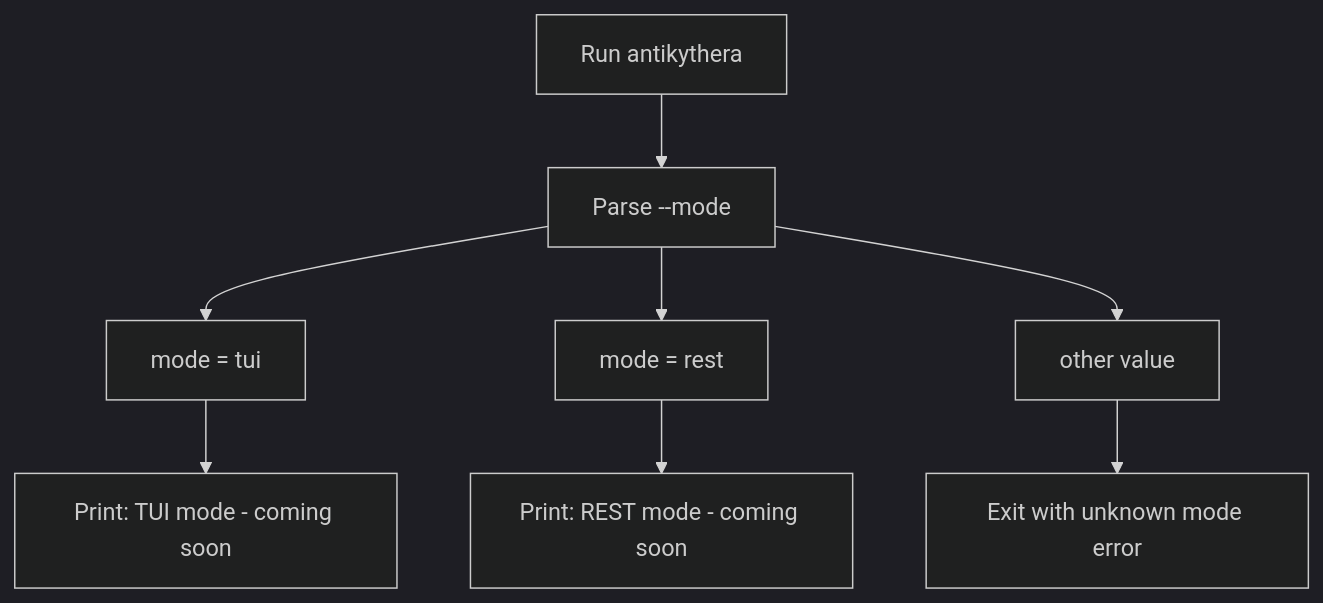
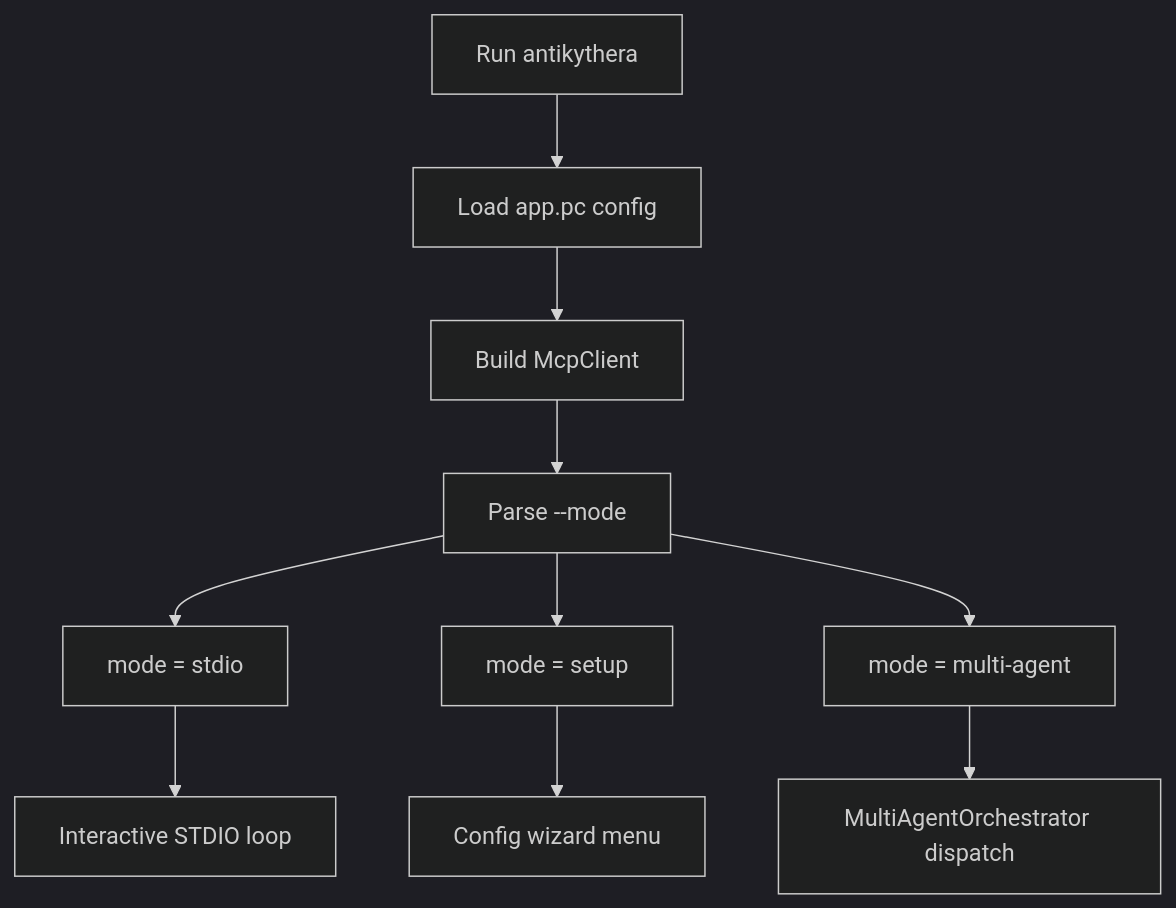
The second of 3 diagrams in documentation/CLI.md (tsfarizi/antikhitera-mcp-client), drawn with Mermaid (dark theme) before and after one commit. The commit also changed other lines of this file and 39 other files, not shown here.

First line of the commit message:
Refactor Antikythera Framework: Remove server and agent management modules

````diff
--- a/documentation/CLI.md
+++ b/documentation/CLI.md
@@ -44,10 +41,12 @@
 ```mermaid
 flowchart TD
-    START[Run antikythera] --> PARSE[Parse --mode]
-    PARSE --> TUI[mode = tui]
-    PARSE --> REST[mode = rest]
-    PARSE --> INVALID[other value]
-    TUI --> TUI_MSG["Print: TUI mode - coming soon"]
-    REST --> REST_MSG["Print: REST mode - coming soon"]
-    INVALID --> ERR["Exit with unknown mode error"]
+    START[Run antikythera] --> LOAD[Load app.pc config]
+    LOAD --> BUILD[Build McpClient]
+    BUILD --> PARSE[Parse --mode]
+    PARSE --> STDIO[mode = stdio]
+    PARSE --> SETUP[mode = setup]
+    PARSE --> MULTI[mode = multi-agent]
+    STDIO --> CHAT[Interactive STDIO loop]
+    SETUP --> WIZARD[Config wizard menu]
+    MULTI --> ORCH[MultiAgentOrchestrator dispatch]
 ```
````
